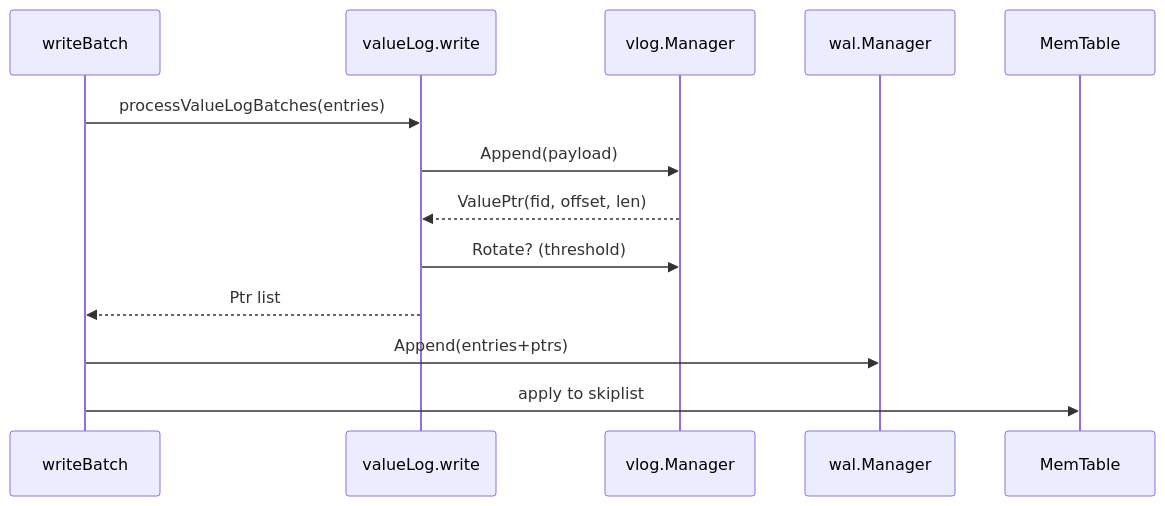
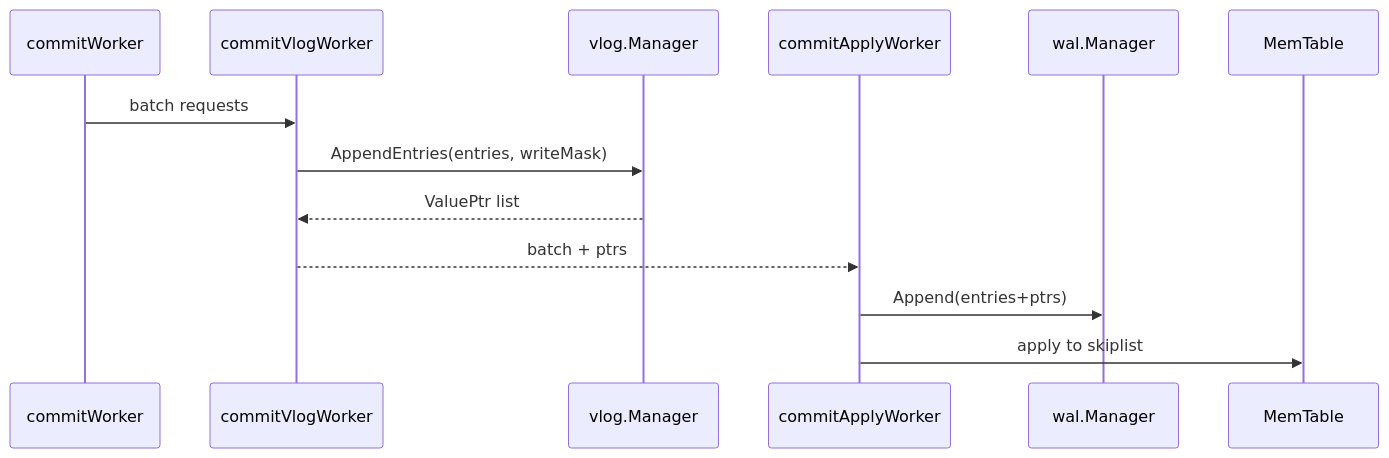
Before and after one commit to feichai0017/NoKV: the first of 2 diagrams in docs/vlog.md, drawn with Mermaid. The commit also changed other lines of this file and 14 other files, not shown here.

````diff
--- a/docs/vlog.md
+++ b/docs/vlog.md
@@ -71,15 +71,15 @@
 ```mermaid
 sequenceDiagram
-    participant Batch as writeBatch
-    participant VLog as valueLog.write
+    participant Enq as commitWorker
+    participant VLog as commitVlogWorker
     participant Mgr as vlog.Manager
+    participant Apply as commitApplyWorker
     participant WAL as wal.Manager
     participant Mem as MemTable
-    Batch->>VLog: processValueLogBatches(entries)
-    VLog->>Mgr: Append(payload)
-    Mgr-->>VLog: ValuePtr(fid, offset, len)
-    VLog->>Mgr: Rotate? (threshold)
-    VLog-->>Batch: Ptr list
-    Batch->>WAL: Append(entries+ptrs)
-    Batch->>Mem: apply to skiplist
+    Enq->>VLog: batch requests
+    VLog->>Mgr: AppendEntries(entries, writeMask)
+    Mgr-->>VLog: ValuePtr list
+    VLog-->>Apply: batch + ptrs
+    Apply->>WAL: Append(entries+ptrs)
+    Apply->>Mem: apply to skiplist
 ```
````
